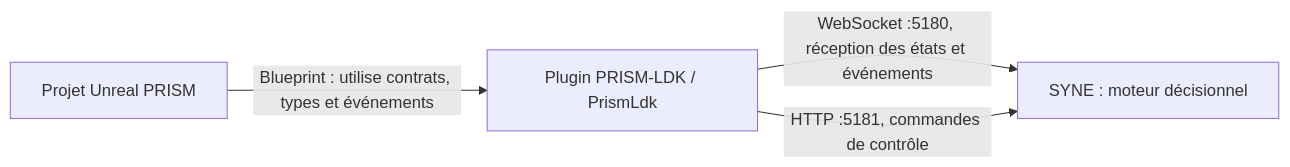
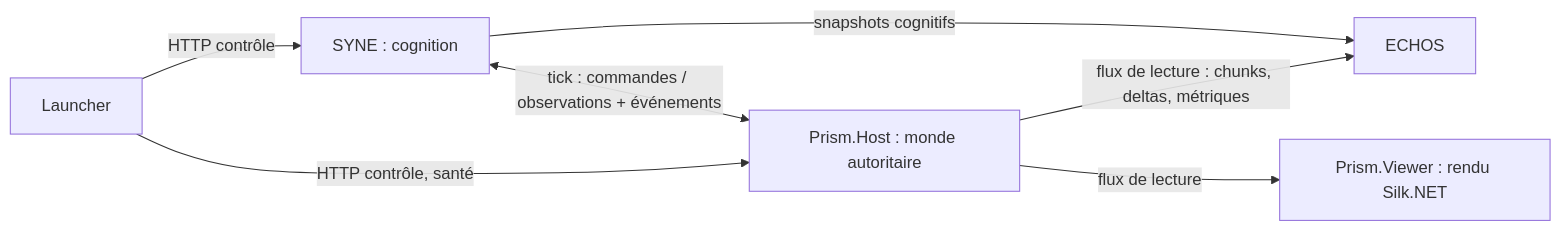
One commit to donovan-dev-web/LIVEX changed the diagram in docs/prism/ARCHITECTURE.md. Above: the diagram before and after it, drawn with Mermaid. The commit also changed other lines of this file and 510 other files, not shown here.

````diff
--- a/docs/prism/ARCHITECTURE.md
+++ b/docs/prism/ARCHITECTURE.md
@@ -42,6 +13,9 @@
 ```mermaid
 flowchart LR
-    P[Projet Unreal PRISM] -->|Blueprint : utilise contrats, types et événements| L[Plugin PRISM-LDK / PrismLdk]
-    L -->|WebSocket :5180, réception des états et événements| S[SYNE : moteur décisionnel]
-    L -->|HTTP :5181, commandes de contrôle| S
+    L[Launcher] -->|HTTP contrôle, santé| H
+    L -->|HTTP contrôle| S[SYNE : cognition]
+    S <-->|tick : commandes / observations + événements| H[Prism.Host : monde autoritaire]
+    H -->|flux de lecture : chunks, deltas, métriques| E[ECHOS]
+    H -->|flux de lecture| V[Prism.Viewer : rendu Silk.NET]
+    S -->|snapshots cognitifs| E
 ```
````
